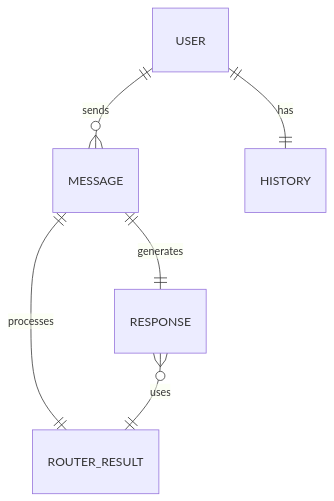
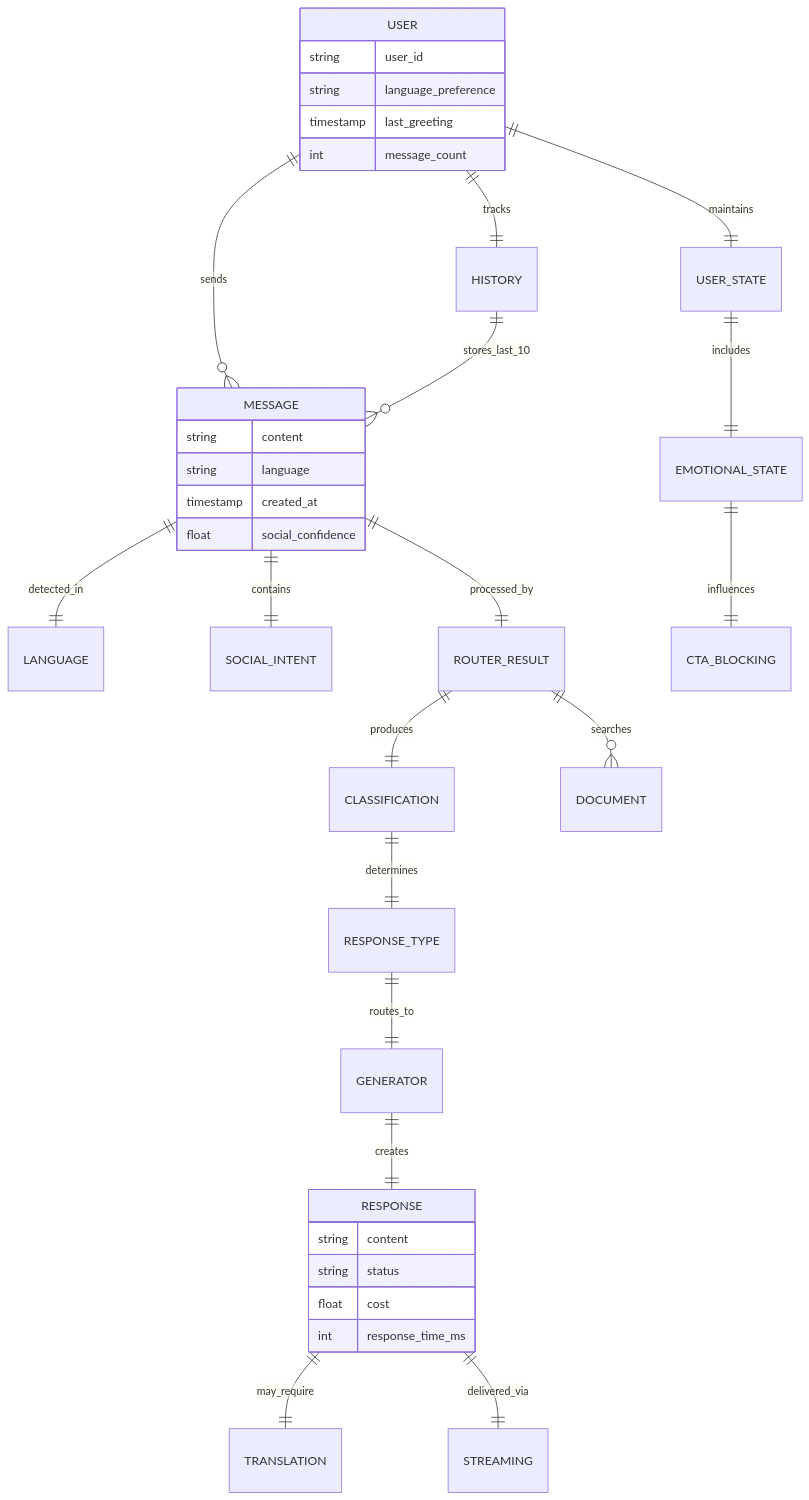
Before and after one commit to shao3d/Ukido_DynContInj: the fifth of 5 diagrams in README.md, drawn with Mermaid. The commit also changed other lines of this file and 5 other files, not shown here.

First line of the commit message:
docs: Обновлены архитектурные диаграммы до версии v0.16.1

````diff
--- a/README.md
+++ b/README.md
@@ -215,8 +279,40 @@
 ```mermaid
 erDiagram
     USER ||--o{ MESSAGE : sends
-    MESSAGE ||--|| RESPONSE : generates
-    MESSAGE ||--|| ROUTER_RESULT : processes
-    USER ||--|| HISTORY : has
-    RESPONSE }o--|| ROUTER_RESULT : uses
+    USER ||--|| USER_STATE : maintains
+    USER ||--|| HISTORY : tracks
+    MESSAGE ||--|| LANGUAGE : detected_in
+    MESSAGE ||--|| SOCIAL_INTENT : contains
+    MESSAGE ||--|| ROUTER_RESULT : processed_by
+    ROUTER_RESULT ||--|| CLASSIFICATION : produces
+    ROUTER_RESULT ||--o{ DOCUMENT : searches
+    CLASSIFICATION ||--|| RESPONSE_TYPE : determines
+    RESPONSE_TYPE ||--|| GENERATOR : routes_to
+    GENERATOR ||--|| RESPONSE : creates
+    RESPONSE ||--|| TRANSLATION : may_require
+    RESPONSE ||--|| STREAMING : delivered_via
+    HISTORY ||--o{ MESSAGE : stores_last_10
+    USER_STATE ||--|| EMOTIONAL_STATE : includes
+    EMOTIONAL_STATE ||--|| CTA_BLOCKING : influences
+    
+    USER {
+        string user_id
+        string language_preference
+        timestamp last_greeting
+        int message_count
+    }
+    
+    MESSAGE {
+        string content
+        string language
+        timestamp created_at
+        float social_confidence
+    }
+    
+    RESPONSE {
+        string content
+        string status
+        float cost
+        int response_time_ms
+    }
 ```
````
